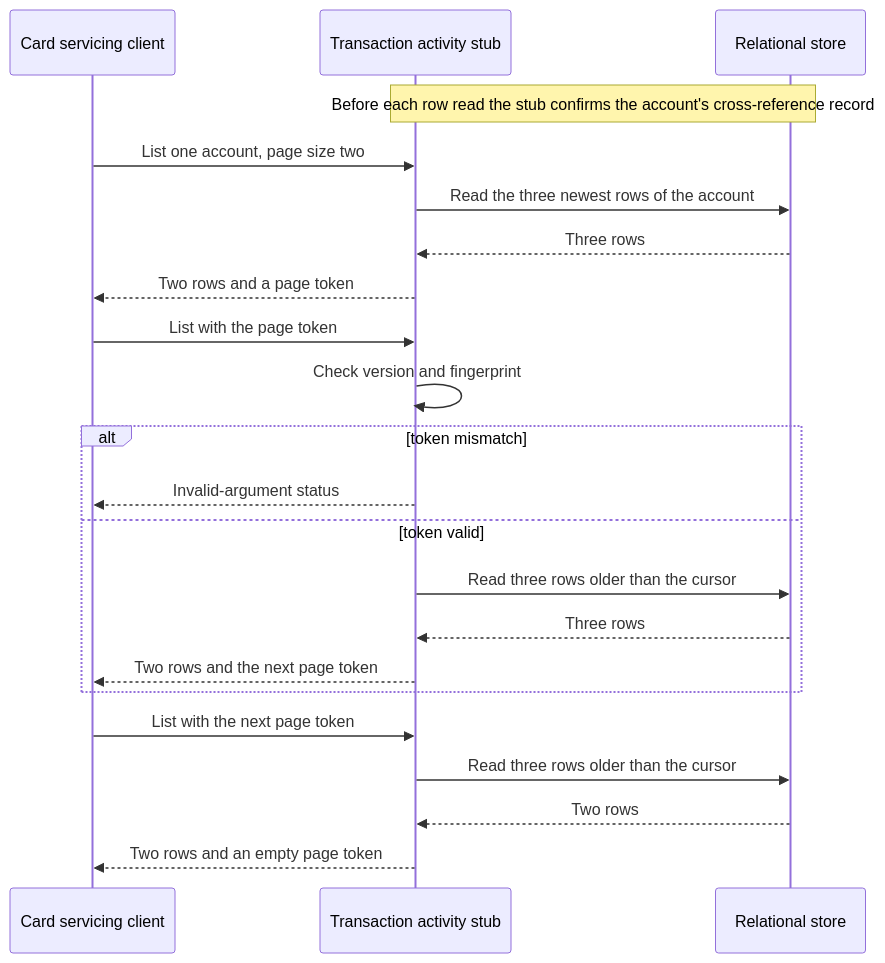
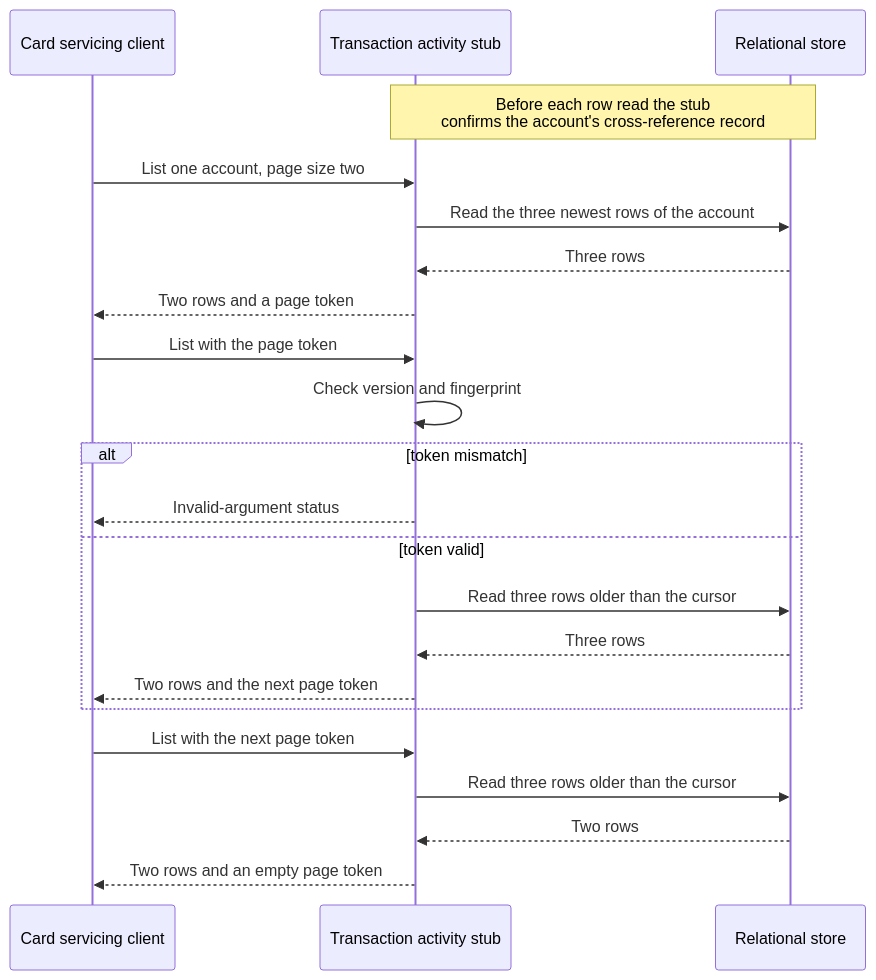
The diagram in docs/backlog/epics/CS-10-transaction-activity-integration/stories/CS-10-004-transaction-activity-stub-transaction-listing-with-keyset-paging.md (blitzy-public-samples/aws-carddemo-blitzy), drawn with Mermaid before and after one commit. The commit also changed 11 other files, not shown here.

````diff
--- a/docs/backlog/epics/CS-10-transaction-activity-integration/stories/CS-10-004-transaction-activity-stub-transaction-listing-with-keyset-paging.md
+++ b/docs/backlog/epics/CS-10-transaction-activity-integration/stories/CS-10-004-transaction-activity-stub-transaction-listing-with-keyset-paging.md
@@ -118,24 +118,24 @@
 ```mermaid
 sequenceDiagram
     participant Client as Card servicing client
     participant Stub as Transaction activity stub
     participant Store as Relational store
-    Note over Stub,Store: Before each row read the stub confirms the account's cross-reference record
+    Note over Stub,Store: Before each row read the stub<br/>confirms the account's cross-reference record
     Client->>Stub: List one account, page size two
     Stub->>Store: Read the three newest rows of the account
     Store-->>Stub: Three rows
     Stub-->>Client: Two rows and a page token
     Client->>Stub: List with the page token
     Stub->>Stub: Check version and fingerprint
     alt token mismatch
         Stub-->>Client: Invalid-argument status
     else token valid
         Stub->>Store: Read three rows older than the cursor
         Store-->>Stub: Three rows
         Stub-->>Client: Two rows and the next page token
     end
     Client->>Stub: List with the next page token
     Stub->>Store: Read three rows older than the cursor
     Store-->>Stub: Two rows
     Stub-->>Client: Two rows and an empty page token
 ```
````
